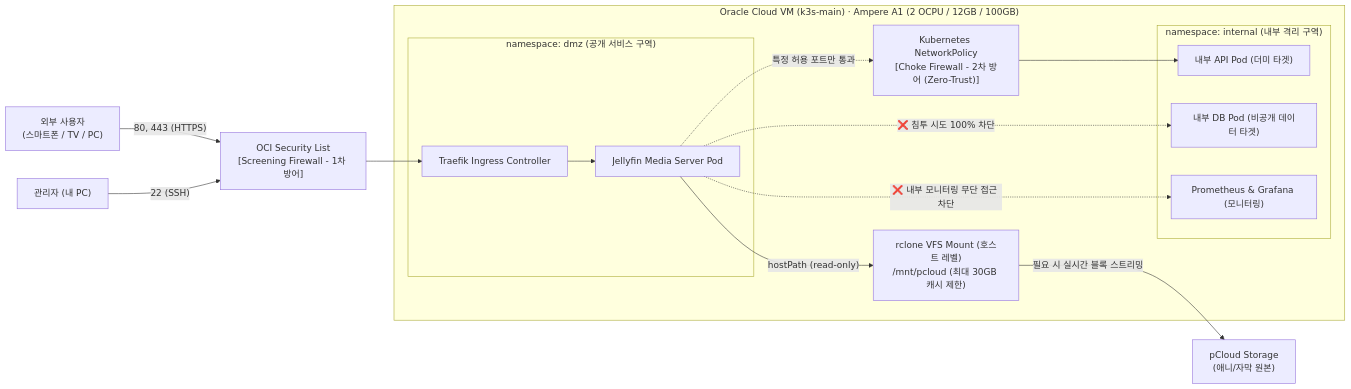
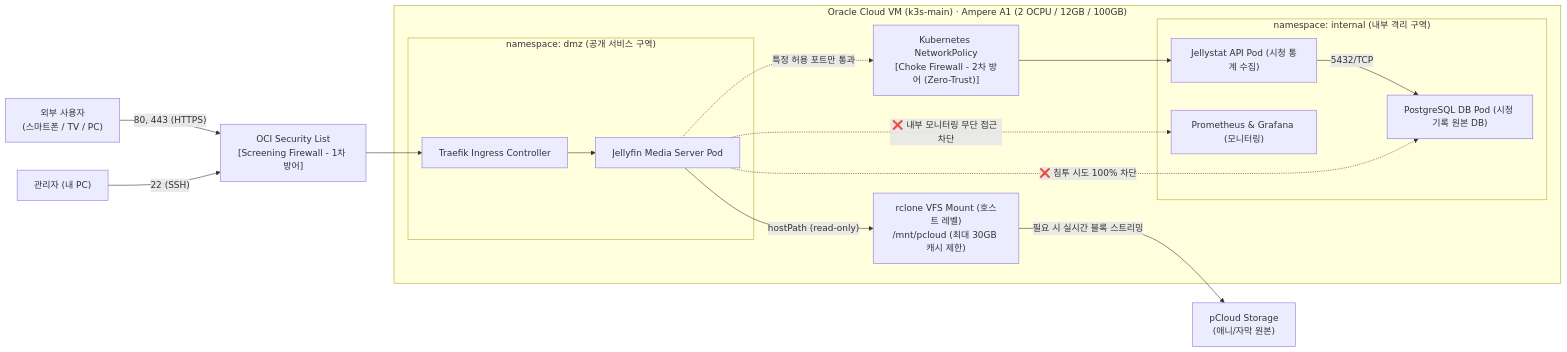
Before and after one commit to handgym2/k3s-midea-server: the diagram in 01_architecture/architecture_spec.md, drawn with Mermaid. The commit also changed 8 other files, not shown here.

Commit message:
feat(k3s): update architecture diagram with Jellystat/PostgreSQL and add K3s install verification

````diff
--- a/01_architecture/architecture_spec.md
+++ b/01_architecture/architecture_spec.md
@@ -10,29 +10,30 @@
 ```mermaid
 flowchart LR
     User["외부 사용자<br/>(스마트폰 / TV / PC)"] -->|"80, 443 (HTTPS)"| SL["OCI Security List<br/>[Screening Firewall - 1차 방어]"]
     Admin["관리자 (내 PC)"] -->|"22 (SSH)"| SL
     SL --> ING
 
     subgraph VM["Oracle Cloud VM (k3s-main) · Ampere A1 (2 OCPU / 12GB / 100GB)"]
         subgraph DMZ["namespace: dmz (공개 서비스 구역)"]
             ING["Traefik Ingress Controller"] --> JF["Jellyfin Media Server Pod"]
         end
 
         RC["rclone VFS Mount (호스트 레벨)<br/>/mnt/pcloud (최대 30GB 캐시 제한)"]
         JF -->|"hostPath (read-only)"| RC
 
         NP["Kubernetes NetworkPolicy<br/>[Choke Firewall - 2차 방어 (Zero-Trust)]"]
 
         subgraph INT["namespace: internal (내부 격리 구역)"]
-            API["내부 API Pod (더미 타겟)"]
-            DB["내부 DB Pod (비공개 데이터 타겟)"]
+            API["Jellystat API Pod (시청 통계 수집)"]
+            DB["PostgreSQL DB Pod (시청 기록 원본 DB)"]
             MON["Prometheus & Grafana (모니터링)"]
+            API -->|"5432/TCP"| DB
         end
 
         JF -.->|"특정 허용 포트만 통과"| NP --> API
         JF -.->|"❌ 침투 시도 100% 차단"| DB
         JF -.->|"❌ 내부 모니터링 무단 접근 차단"| MON
     end
 
     RC -->|"필요 시 실시간 블록 스트리밍"| PC["pCloud Storage<br/>(애니/자막 원본)"]
 ```
````
